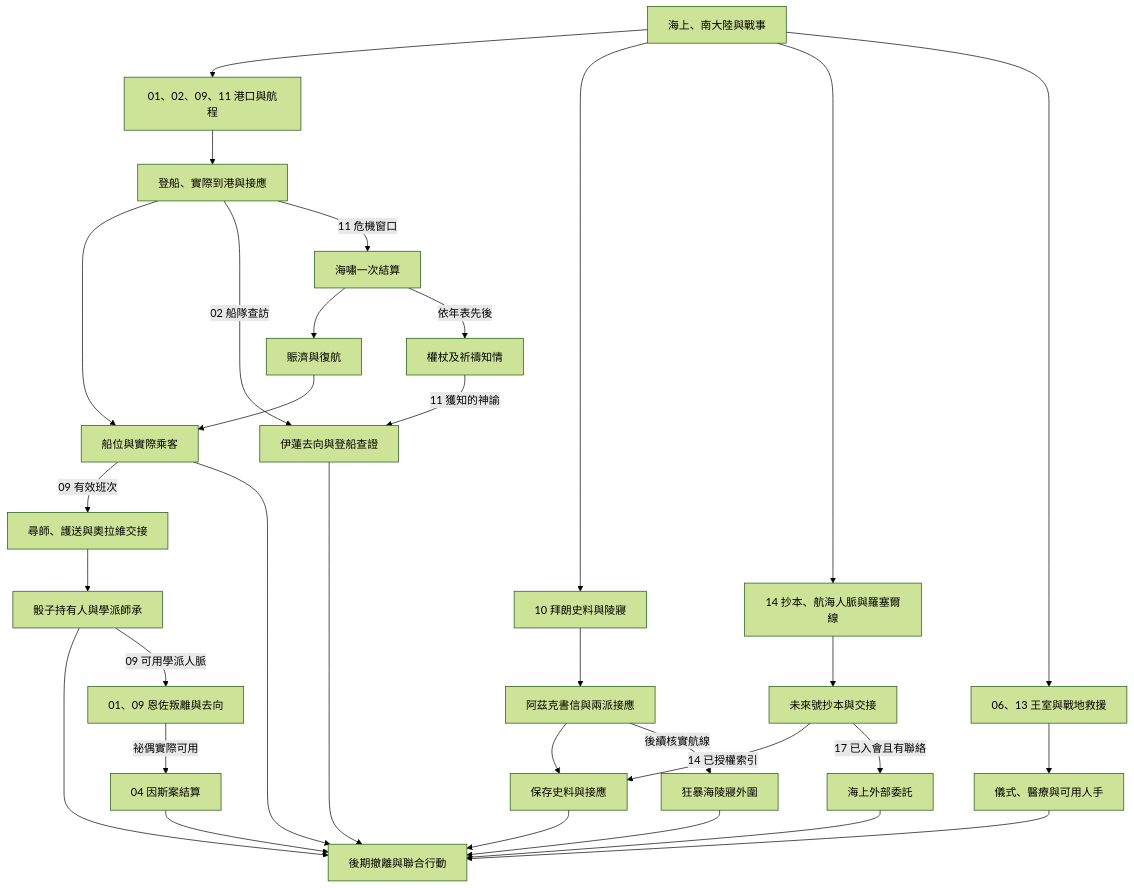
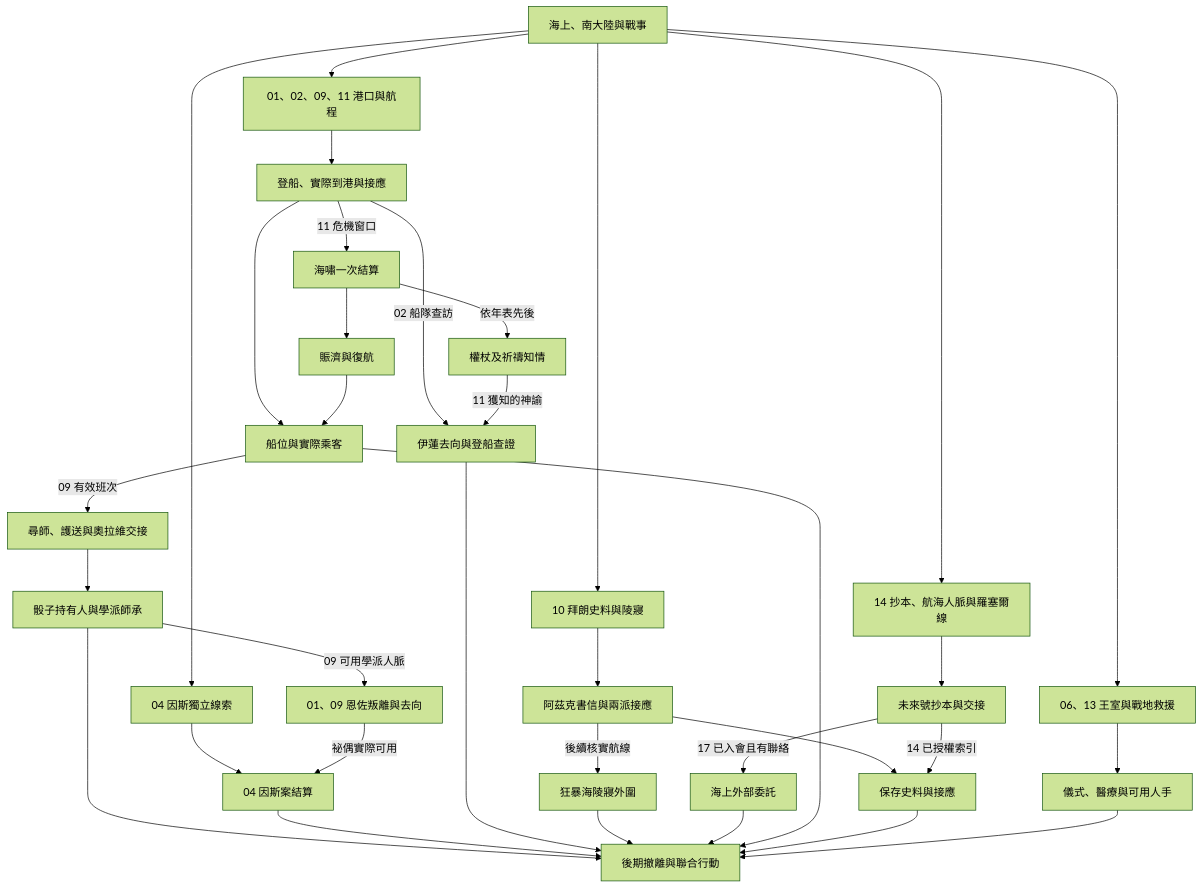
Before and after one commit to dragon961204-cmd/-: the fifth of 7 diagrams in game/events/part_one_story_tree.md, drawn with Mermaid (forest theme).

Commit message:
補上因斯案在總樹的獨立入口

````diff
--- a/game/events/part_one_story_tree.md
+++ b/game/events/part_one_story_tree.md
@@ -93,34 +93,36 @@
 ```mermaid
 flowchart TD
     A["海上、南大陸與戰事"] --> B["01、02、09、11 港口與航程"]
     A --> C["10 拜朗史料與陵寢"]
     A --> D["14 抄本、航海人脈與羅塞爾線"]
     A --> E["06、13 王室與戰地救援"]
     B --> J["登船、實際到港與接應"]
     J --> F["船位與實際乘客"]
     F -->|"09 有效班次"| O["尋師、護送與奧拉維交接"]
     O --> P["骰子持有人與學派師承"]
     P --> I
     P -->|"09 可用學派人脈"| U["01、09 恩佐叛離與去向"]
-    U -->|"祕偶實際可用"| V["04 因斯案結算"]
+    A --> W["04 因斯獨立線索"]
+    W --> V["04 因斯案結算"]
+    U -->|"祕偶實際可用"| V
     V --> I
     J -->|"02 船隊查訪"| N["伊蓮去向與登船查證"]
     J -->|"11 危機窗口"| K["海嘯一次結算"]
     K --> L["賑濟與復航"]
     K -->|"依年表先後"| M["權杖及祈禱知情"]
     L --> F
     M -->|"11 獲知的神諭"| N
     N --> I
     C --> S["阿茲克書信與兩派接應"]
     S --> G["保存史料與接應"]
     S -->|"後續核實航線"| T["狂暴海陵寢外圍"]
     T --> I
     D --> Q["未來號抄本與交接"]
     Q -->|"14 已授權索引"| G
     Q -->|"17 已入會且有聯絡"| R["海上外部委託"]
     R --> I
     E --> H["儀式、醫療與可用人手"]
     F --> I["後期撤離與聯合行動"]
     G --> I
     H --> I
 ```
````
